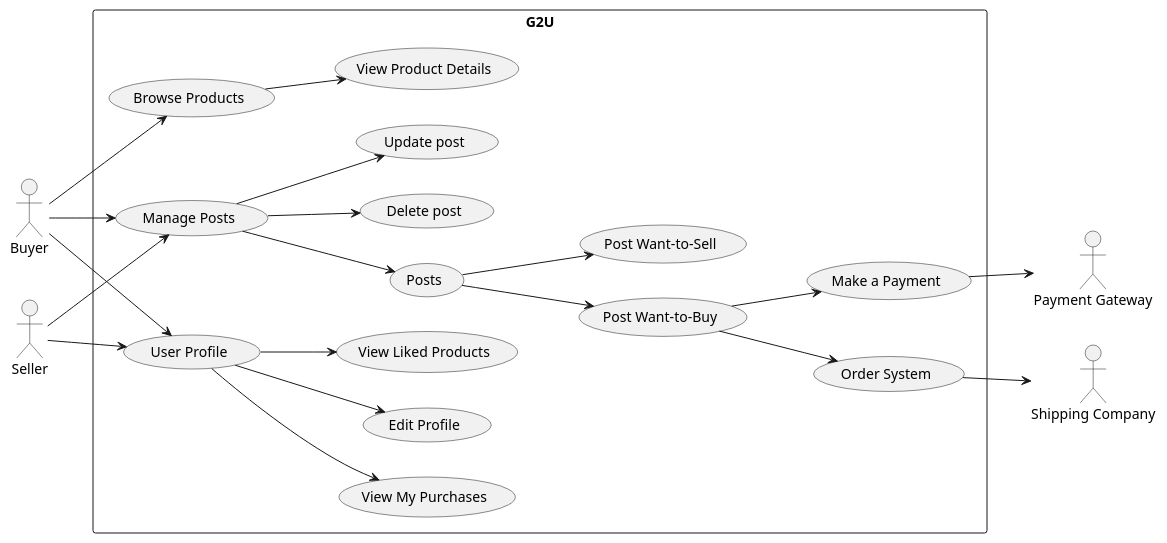
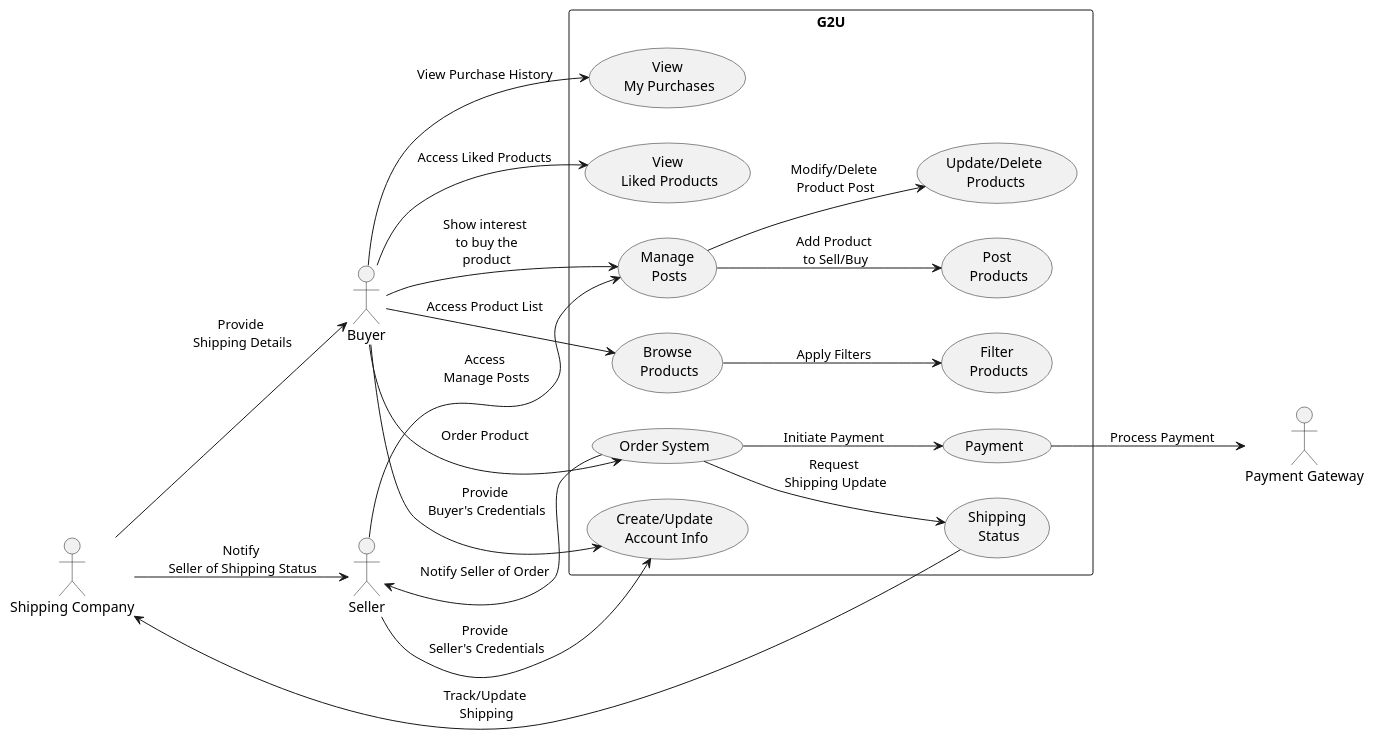
Before and after one commit to G2U-CPE36/G2U_docs: the diagram in arch/10_usecase_overall.puml, drawn with PlantUML. The commit also changed other lines of this file and 5 other files, not shown here.

Commit message:
Fix: new use case diagram in final_report

```diff
--- a/arch/10_usecase_overall.puml
+++ b/arch/10_usecase_overall.puml
@@ -1,51 +1,49 @@
 @startuml
 left to right direction
 
 actor "Buyer" as Buyer
 actor "Seller" as Seller
 actor "Payment Gateway" as PaymentGateway
 actor "Shipping Company" as ShippingCompany
 
 rectangle "G2U" {
-    usecase "Browse Products" as BrowseProduct
-    usecase "View Product Details" as ViewProduct
-    usecase "User Profile" as UserProfile
-    usecase "Edit Profile" as EditProfile
-    usecase "View Liked Products" as LikedProducts
-    usecase "View My Purchases" as MyPurchases
-    usecase "Manage Posts" as ManagePosts
-    usecase "Post Want-to-Buy" as WantToBuy
-    usecase "Post Want-to-Sell" as WantToSell
-    usecase "Make a Payment" as MakePayment
-    usecase "Delete post" as DeletePost
-    usecase "Update post" as UpdatePost
-    usecase "Posts" as Posts
+    usecase "Create/Update\n Account Info" as AccountInfo
+    usecase "View\n My Purchases" as MyPurchases
+    usecase "View\n Liked Products" as LikedProducts
+    usecase "Browse\n Products" as BrowseProducts
+    usecase "Filter\n Products" as FilterProducts
+    usecase "Manage\n Posts" as ManagePosts
+    usecase "Post\n Products" as PostProducts
+    usecase "Update/Delete\n Products" as UpdateDeleteProducts
     usecase "Order System" as OrderSystem
+    usecase "Payment" as Payment
+    usecase "Shipping\n Status" as ShippingStatus
 }
 
-Buyer--> BrowseProduct
-Buyer --> UserProfile
-Buyer --> ManagePosts
+Buyer --> AccountInfo : "Provide\n Buyer's Credentials"
+Seller --> AccountInfo : "Provide\n Seller's Credentials"
 
-Seller --> UserProfile
-Seller --> ManagePosts
+Buyer --> BrowseProducts : "Access Product List"
+BrowseProducts --> FilterProducts : "Apply Filters"
 
-BrowseProduct --> ViewProduct
+Buyer --> MyPurchases : "View Purchase History"
+Buyer --> LikedProducts : "Access Liked Products"
 
+Buyer --> ManagePosts : "Show interest\n to buy the\n product"
+Seller --> ManagePosts : "Access\n Manage Posts"
 
-ManagePosts --> DeletePost
-ManagePosts --> UpdatePost
-ManagePosts --> Posts
+ManagePosts --> PostProducts : "Add Product\n to Sell/Buy"
+ManagePosts --> UpdateDeleteProducts : "Modify/Delete\n Product Post"
 
-Posts--> WantToBuy
-Posts--> WantToSell
+Buyer --> OrderSystem : "Order Product"
+OrderSystem --> Seller : "Notify Seller of Order"
 
-UserProfile --> LikedProducts
-UserProfile --> EditProfile
-UserProfile --> MyPurchases
+OrderSystem --> Payment : "Initiate Payment"
+Payment --> PaymentGateway : "Process Payment"
 
-WantToBuy --> MakePayment
-WantToBuy  --> OrderSystem
-OrderSystem --> ShippingCompany
-MakePayment --> PaymentGateway
+OrderSystem --> ShippingStatus : "Request\n Shipping Update"
+ShippingStatus --> ShippingCompany : "Track/Update\n Shipping"
+
+ShippingCompany --> Buyer : "Provide\n Shipping Details"
+ShippingCompany --> Seller : "Notify\n Seller of Shipping Status"
 @enduml
```
